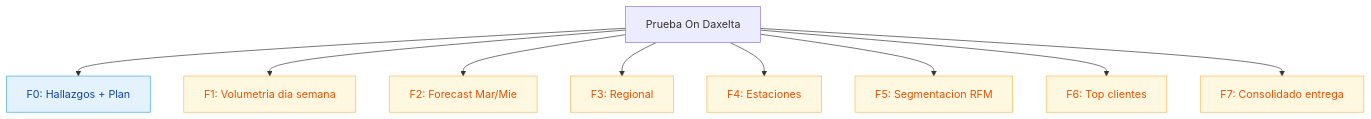
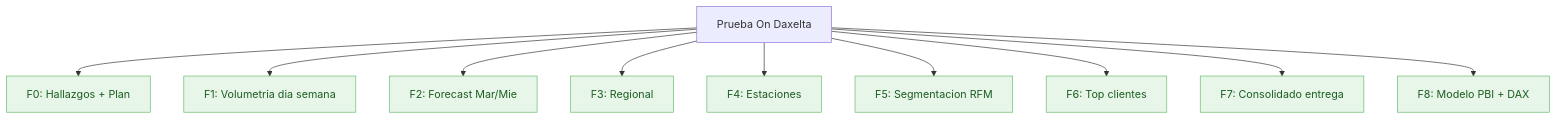
The first of 2 diagrams in PLAN.md (dataesteban/analisis_datos), drawn with Mermaid before and after one commit. The commit also changed other lines of this file and 68 other files, not shown here.

````diff
--- a/PLAN.md
+++ b/PLAN.md
@@ -23,21 +14,23 @@
 ```mermaid
 graph TD
     P["Prueba On Daxelta"]
     P --> F0["F0: Hallazgos + Plan"]
     P --> F1["F1: Volumetria dia semana"]
     P --> F2["F2: Forecast Mar/Mie"]
     P --> F3["F3: Regional"]
     P --> F4["F4: Estaciones"]
     P --> F5["F5: Segmentacion RFM"]
     P --> F6["F6: Top clientes"]
     P --> F7["F7: Consolidado entrega"]
+    P --> F8["F8: Modelo PBI + DAX"]
 
-    style F0 fill:#E3F2FD,stroke:#42A5F5,color:#0D47A1
-    style F1 fill:#FFF8E1,stroke:#FFB74D,color:#E65100
-    style F2 fill:#FFF8E1,stroke:#FFB74D,color:#E65100
-    style F3 fill:#FFF8E1,stroke:#FFB74D,color:#E65100
-    style F4 fill:#FFF8E1,stroke:#FFB74D,color:#E65100
-    style F5 fill:#FFF8E1,stroke:#FFB74D,color:#E65100
-    style F6 fill:#FFF8E1,stroke:#FFB74D,color:#E65100
-    style F7 fill:#FFF8E1,stroke:#FFB74D,color:#E65100
+    style F0 fill:#E8F5E9,stroke:#66BB6A,color:#1B5E20
+    style F1 fill:#E8F5E9,stroke:#66BB6A,color:#1B5E20
+    style F2 fill:#E8F5E9,stroke:#66BB6A,color:#1B5E20
+    style F3 fill:#E8F5E9,stroke:#66BB6A,color:#1B5E20
+    style F4 fill:#E8F5E9,stroke:#66BB6A,color:#1B5E20
+    style F5 fill:#E8F5E9,stroke:#66BB6A,color:#1B5E20
+    style F6 fill:#E8F5E9,stroke:#66BB6A,color:#1B5E20
+    style F7 fill:#E8F5E9,stroke:#66BB6A,color:#1B5E20
+    style F8 fill:#E8F5E9,stroke:#66BB6A,color:#1B5E20
 ```
````
